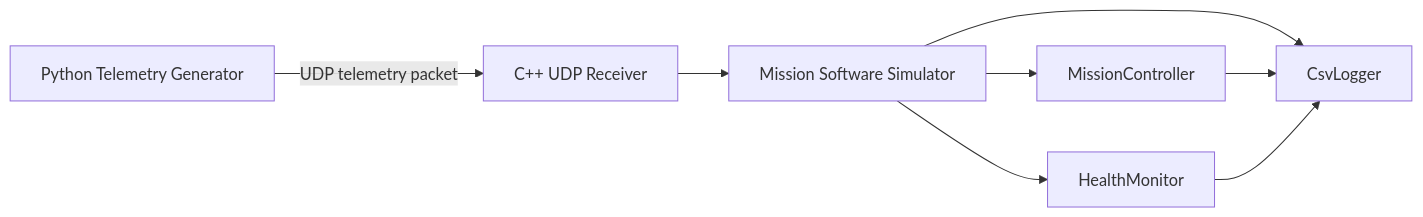
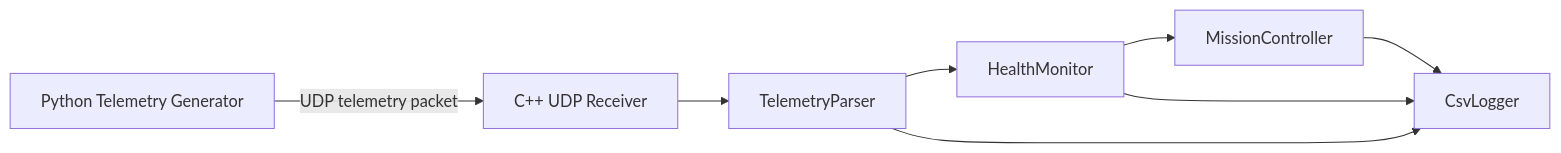
One commit to KimGyeongLock/UAV-Mission-Software-Simulator changed the diagram in README.md. Above: the diagram before and after it, drawn with Mermaid. The commit also changed other lines of this file and 3 other files, not shown here.

````diff
--- a/README.md
+++ b/README.md
@@ -35,10 +35,10 @@
 ```mermaid
 flowchart LR
     A["Python Telemetry Generator"] -->|UDP telemetry packet| B["C++ UDP Receiver"]
-    B --> C["Mission Software Simulator"]
-    C --> D["MissionController"]
-    C --> E["HealthMonitor"]
-    C --> F["CsvLogger"]
+    B --> C["TelemetryParser"]
+    C --> D["HealthMonitor"]
+    D --> E["MissionController"]
+    E --> F["CsvLogger"]
+    C --> F
     D --> F
-    E --> F
 ```
````
